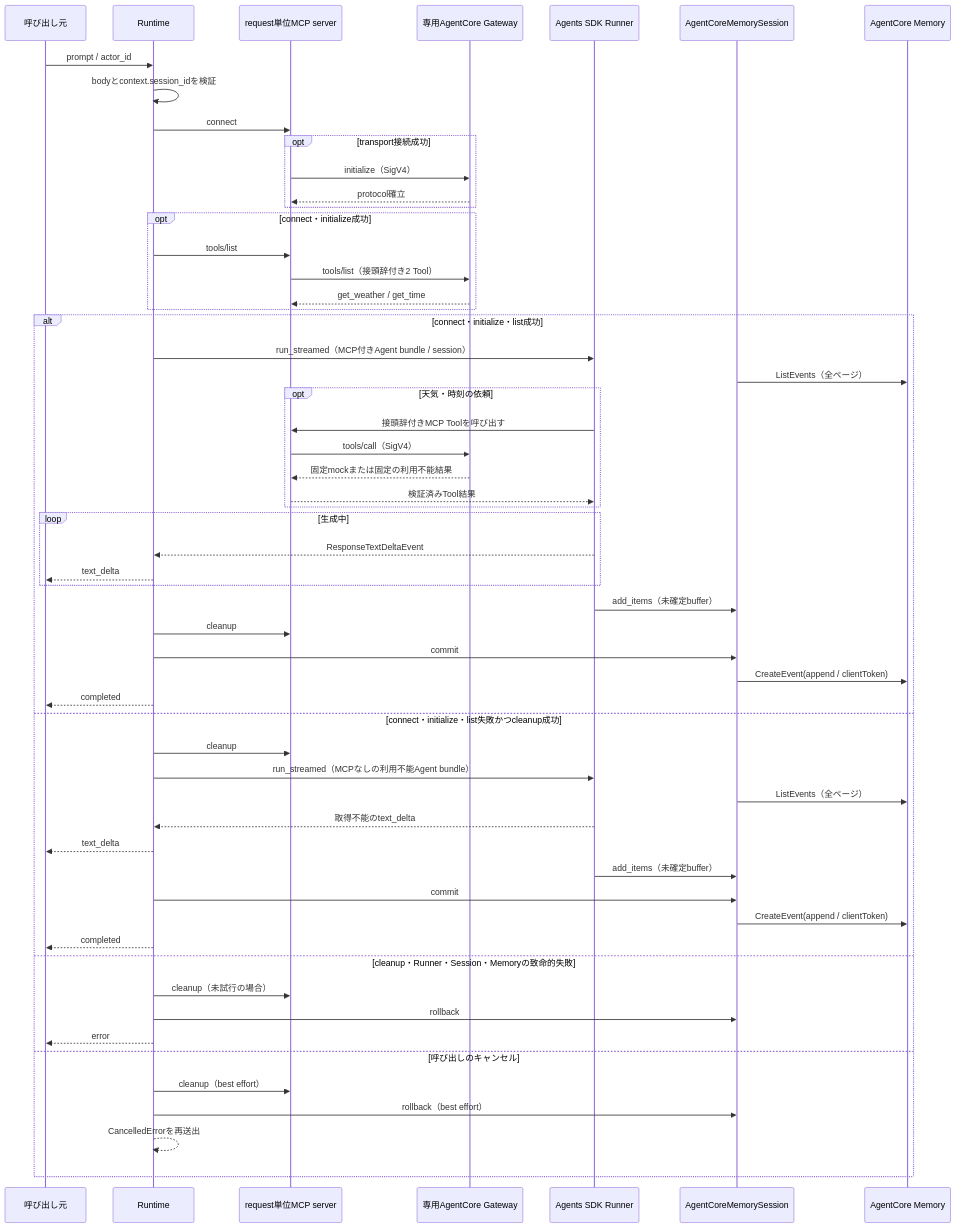
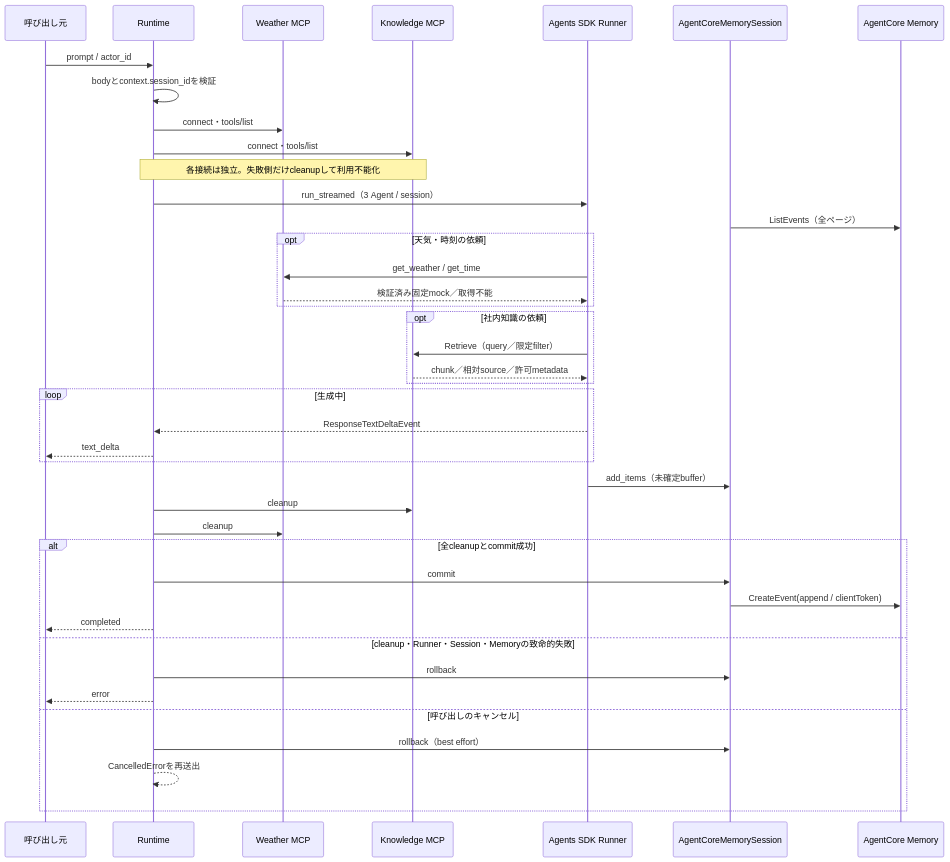
The second of 2 diagrams in docs/Agent/README.md (rafty/OpenAIAgentCore-base), drawn with Mermaid before and after one commit. The commit also changed other lines of this file and 39 other files, not shown here.

````diff
--- a/docs/Agent/README.md
+++ b/docs/Agent/README.md
@@ -148,60 +184,44 @@
 ```mermaid
 sequenceDiagram
     participant Caller as 呼び出し元
     participant App as Runtime
-    participant MCP as request単位MCP server
-    participant Gateway as 専用AgentCore Gateway
+    participant WeatherMCP as Weather MCP
+    participant KnowledgeMCP as Knowledge MCP
     participant Runner as Agents SDK Runner
     participant Session as AgentCoreMemorySession
     participant Memory as AgentCore Memory
 
     Caller->>App: prompt / actor_id
     App->>App: bodyとcontext.session_idを検証
-    App->>MCP: connect
-    opt transport接続成功
-        MCP->>Gateway: initialize（SigV4）
-        Gateway-->>MCP: protocol確立
+    App->>WeatherMCP: connect・tools/list
+    App->>KnowledgeMCP: connect・tools/list
+    Note over App,KnowledgeMCP: 各接続は独立。失敗側だけcleanupして利用不能化
+    App->>Runner: run_streamed（3 Agent / session）
+    Session->>Memory: ListEvents（全ページ）
+    opt 天気・時刻の依頼
+        Runner->>WeatherMCP: get_weather / get_time
+        WeatherMCP-->>Runner: 検証済み固定mock／取得不能
     end
-    opt connect・initialize成功
-        App->>MCP: tools/list
-        MCP->>Gateway: tools/list（接頭辞付き2 Tool）
-        Gateway-->>MCP: get_weather / get_time
+    opt 社内知識の依頼
+        Runner->>KnowledgeMCP: Retrieve（query／限定filter）
+        KnowledgeMCP-->>Runner: chunk／相対source／許可metadata
     end
-    alt connect・initialize・list成功
-        App->>Runner: run_streamed（MCP付きAgent bundle / session）
-        Session->>Memory: ListEvents（全ページ）
-        opt 天気・時刻の依頼
-            Runner->>MCP: 接頭辞付きMCP Toolを呼び出す
-            MCP->>Gateway: tools/call（SigV4）
-            Gateway-->>MCP: 固定mockまたは固定の利用不能結果
-            MCP-->>Runner: 検証済みTool結果
-        end
-        loop 生成中
-            Runner-->>App: ResponseTextDeltaEvent
-            App-->>Caller: text_delta
-        end
-        Runner->>Session: add_items（未確定buffer）
-        App->>MCP: cleanup
-        App->>Session: commit
-        Session->>Memory: CreateEvent(append / clientToken)
-        App-->>Caller: completed
-    else connect・initialize・list失敗かつcleanup成功
-        App->>MCP: cleanup
-        App->>Runner: run_streamed（MCPなしの利用不能Agent bundle）
-        Session->>Memory: ListEvents（全ページ）
-        Runner-->>App: 取得不能のtext_delta
+    loop 生成中
+        Runner-->>App: ResponseTextDeltaEvent
         App-->>Caller: text_delta
-        Runner->>Session: add_items（未確定buffer）
+    end
+    Runner->>Session: add_items（未確定buffer）
+    App->>KnowledgeMCP: cleanup
+    App->>WeatherMCP: cleanup
+    alt 全cleanupとcommit成功
         App->>Session: commit
         Session->>Memory: CreateEvent(append / clientToken)
         App-->>Caller: completed
     else cleanup・Runner・Session・Memoryの致命的失敗
-        App->>MCP: cleanup（未試行の場合）
         App->>Session: rollback
         App-->>Caller: error
     else 呼び出しのキャンセル
-        App->>MCP: cleanup（best effort）
         App->>Session: rollback（best effort）
         App-->>App: CancelledErrorを再送出
     end
 ```
````
